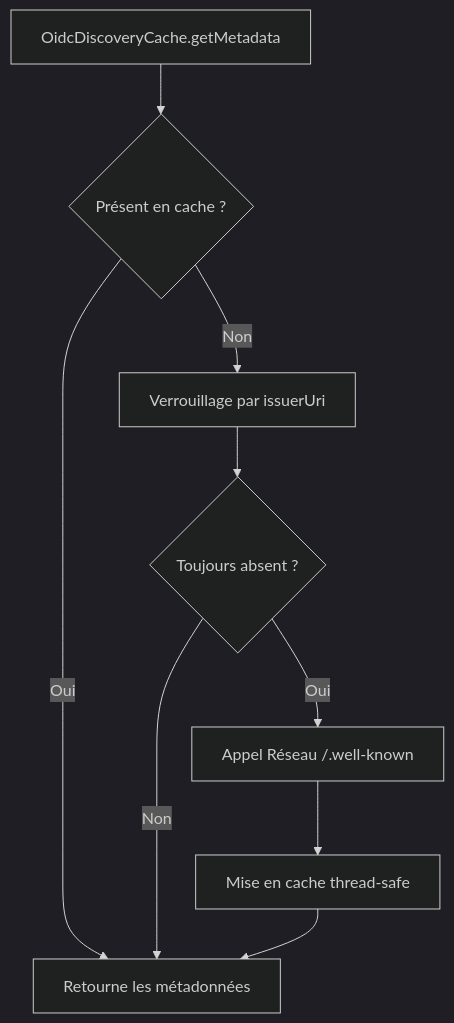
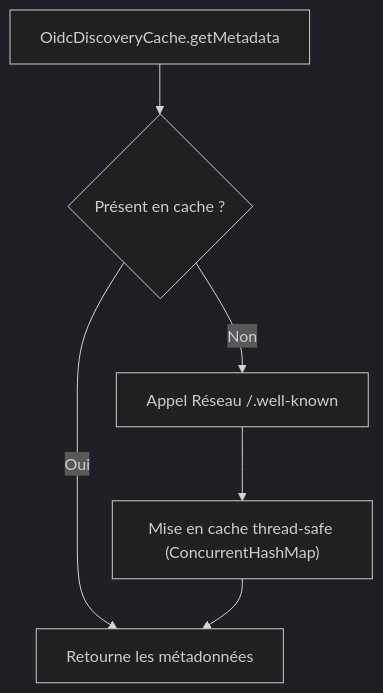
Diagram 21 of 21 in docs/explanations/oauth2-flows.md (Q300Z/scribejava), drawn with Mermaid (dark theme) before and after one commit. The commit also changed other lines of this file, not shown here.

Commit message:
docs(oidc): fix mermaid syntax and align architectural flows with codebase

````diff
--- a/docs/explanations/oauth2-flows.md
+++ b/docs/explanations/oauth2-flows.md
@@ -616,13 +606,8 @@
 ```mermaid
-
 graph TD
-    Start[OidcDiscoveryCache.getMetadata] --> Check{Présent en cache ?}
-    Check -- Oui --> Return[Retourne les métadonnées]
-    Check -- Non --> Lock[Verrouillage par issuerUri]
-    Lock --> Check2{Toujours absent ?}
-    Check2 -- Non --> Return
-    Check2 -- Oui --> Fetch[Appel Réseau /.well-known]
-    Fetch --> Store[Mise en cache thread-safe]
+    Start["OidcDiscoveryCache.getMetadata"] --> Check{"Présent en cache ?"}
+    Check -- "Oui" --> Return["Retourne les métadonnées"]
+    Check -- "Non" --> Fetch["Appel Réseau /.well-known"]
+    Fetch --> Store["Mise en cache thread-safe (ConcurrentHashMap)"]
     Store --> Return
-
 ```
````
